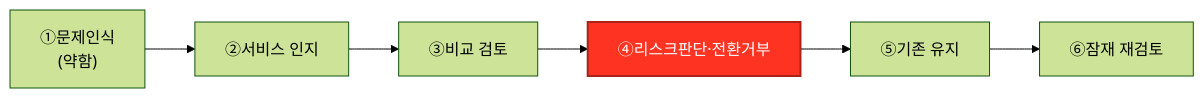
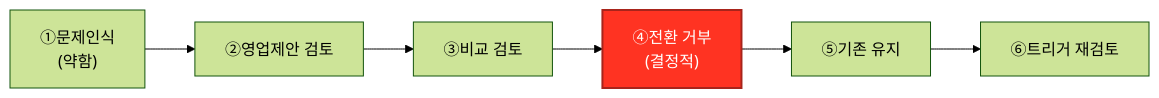
Before and after one commit to jennie-brain/business-analysis-frameworks: the fourth of 4 diagrams in 05_페르소나_고객여정지도/02_고객여정지도.md, drawn with Mermaid (forest theme). The commit also changed other lines of this file and 3 other files, not shown here.

````diff
--- a/05_페르소나_고객여정지도/02_고객여정지도.md
+++ b/05_페르소나_고객여정지도/02_고객여정지도.md
@@ -70,5 +73,5 @@
 ```mermaid
 flowchart LR
-    S1["①문제인식<br/>(약함)"] --> S2["②서비스 인지"] --> S3["③비교 검토"] --> S4["④리스크판단·전환거부"] --> S5["⑤기존 유지"] --> S6["⑥잠재 재검토"]
+    S1["①문제인식<br/>(약함)"] --> S2["②영업제안 검토"] --> S3["③비교 검토"] --> S4["④전환 거부<br/>(결정적)"] --> S5["⑤기존 유지"] --> S6["⑥트리거 재검토"]
     style S4 fill:#FF3322,stroke:#a8241b,color:#ffffff,stroke-width:2px
 ```
````
